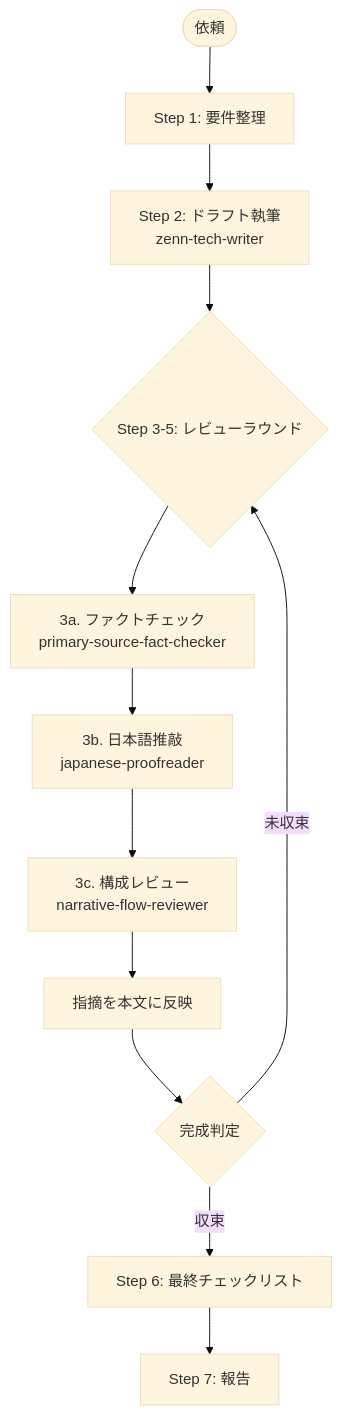
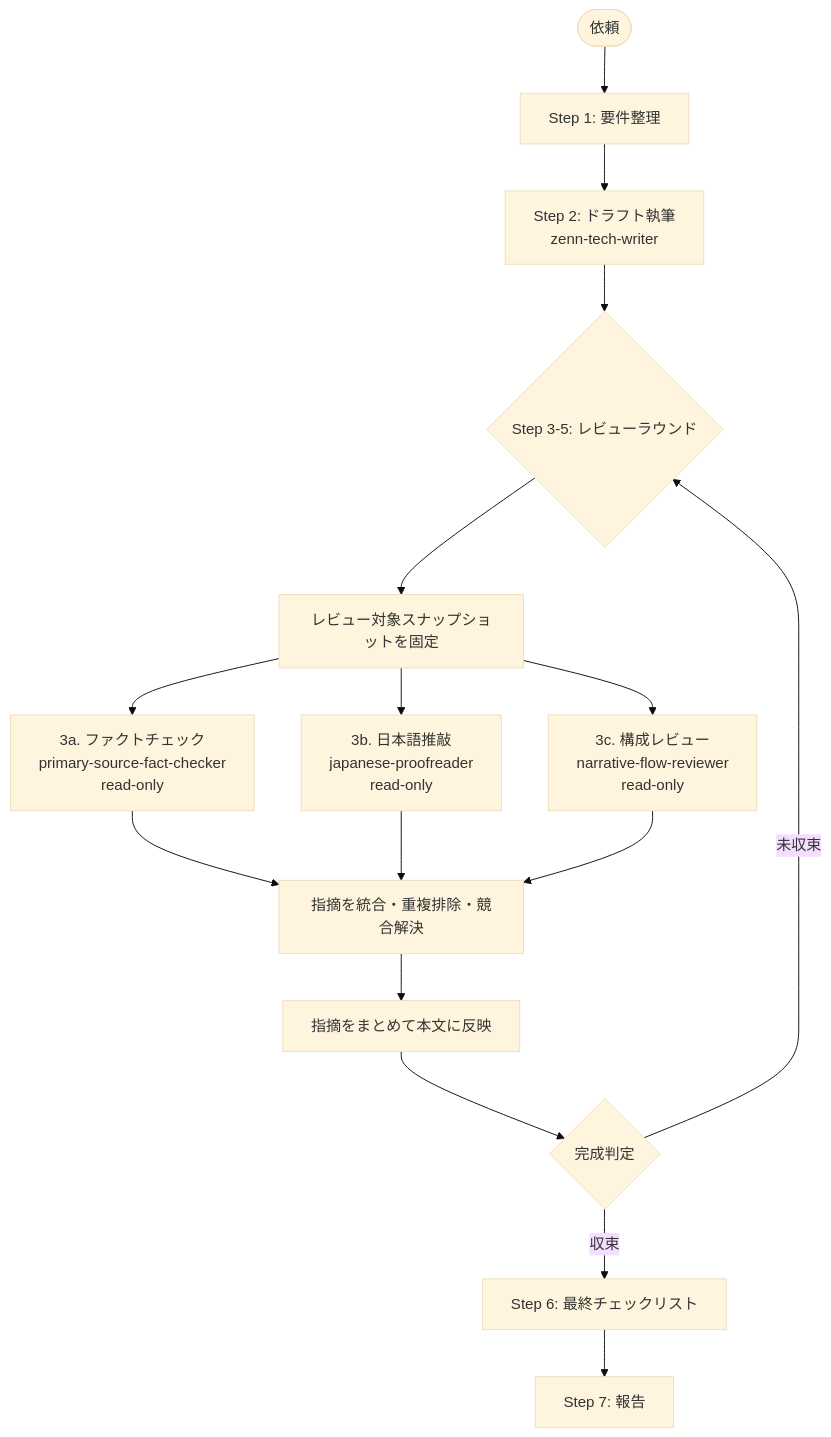
The diagram in .github/agents/zenn-article-orchestrator.agent.md (tomokusaba/zenn), drawn with Mermaid (base theme) before and after one commit. The commit also changed other lines of this file and 3 other files, not shown here.

````diff
--- a/.github/agents/zenn-article-orchestrator.agent.md
+++ b/.github/agents/zenn-article-orchestrator.agent.md
@@ -20,14 +21,18 @@
 ```mermaid
 flowchart TB
   Start([依頼]) --> S1[Step 1: 要件整理]
   S1 --> S2[Step 2: ドラフト執筆<br/>zenn-tech-writer]
   S2 --> R{Step 3-5: レビューラウンド}
-  R --> F[3a. ファクトチェック<br/>primary-source-fact-checker]
-  F --> P[3b. 日本語推敲<br/>japanese-proofreader]
-  P --> N[3c. 構成レビュー<br/>narrative-flow-reviewer]
-  N --> Apply[指摘を本文に反映]
+  R --> Snapshot[レビュー対象スナップショットを固定]
+  Snapshot --> F[3a. ファクトチェック<br/>primary-source-fact-checker<br/>read-only]
+  Snapshot --> P[3b. 日本語推敲<br/>japanese-proofreader<br/>read-only]
+  Snapshot --> N[3c. 構成レビュー<br/>narrative-flow-reviewer<br/>read-only]
+  F --> Merge[指摘を統合・重複排除・競合解決]
+  P --> Merge
+  N --> Merge
+  Merge --> Apply[指摘をまとめて本文に反映]
   Apply --> Judge{完成判定}
   Judge -- 未収束 --> R
   Judge -- 収束 --> Final[Step 6: 最終チェックリスト]
   Final --> Report[Step 7: 報告]
 ```
````
